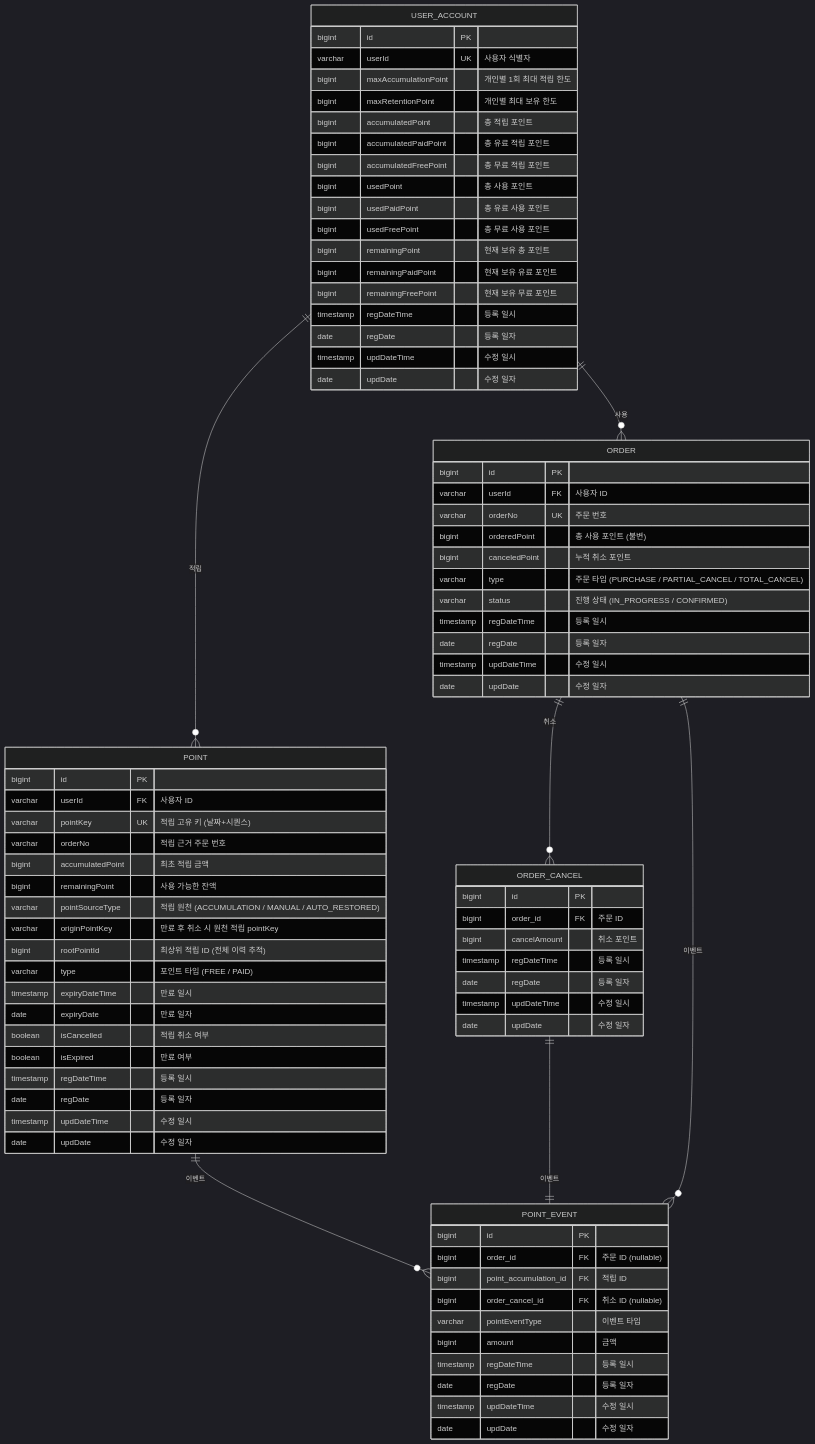
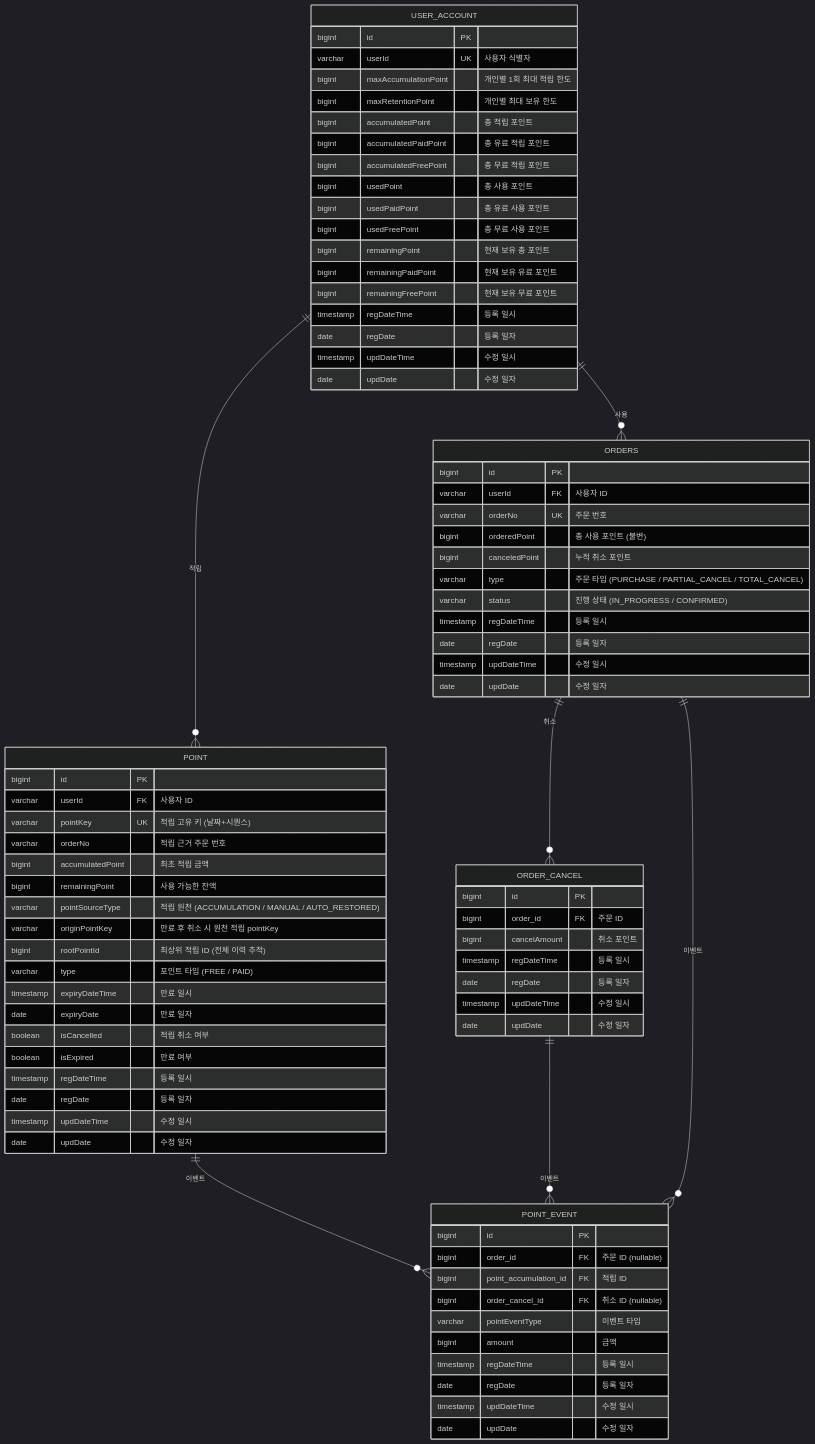
Before and after one commit to muzzaiwork/point: the diagram in docs/데이터베이스 설계.md, drawn with Mermaid (dark theme).

Commit message:
docs: ERD mermaid ORDER 예약어 충돌 수정 (ORDERS로 변경) 및 관계 수정

````diff
--- a/docs/데이터베이스 설계.md
+++ b/docs/데이터베이스 설계.md
@@ -9,11 +9,11 @@
 ```mermaid
 erDiagram
     USER_ACCOUNT ||--o{ POINT : "적립"
-    USER_ACCOUNT ||--o{ ORDER : "사용"
-    ORDER ||--o{ ORDER_CANCEL : "취소"
-    ORDER ||--o{ POINT_EVENT : "이벤트"
+    USER_ACCOUNT ||--o{ ORDERS : "사용"
+    ORDERS ||--o{ ORDER_CANCEL : "취소"
+    ORDERS ||--o{ POINT_EVENT : "이벤트"
     POINT ||--o{ POINT_EVENT : "이벤트"
-    ORDER_CANCEL ||--|| POINT_EVENT : "이벤트"
+    ORDER_CANCEL ||--o{ POINT_EVENT : "이벤트"
     USER_ACCOUNT {
         bigint id PK
         varchar userId UK "사용자 식별자"
@@ -55,7 +55,7 @@
         date updDate "수정 일자"
     }
 
-    ORDER {
+    ORDERS {
         bigint id PK
         varchar userId FK "사용자 ID"
         varchar orderNo UK "주문 번호"
````
